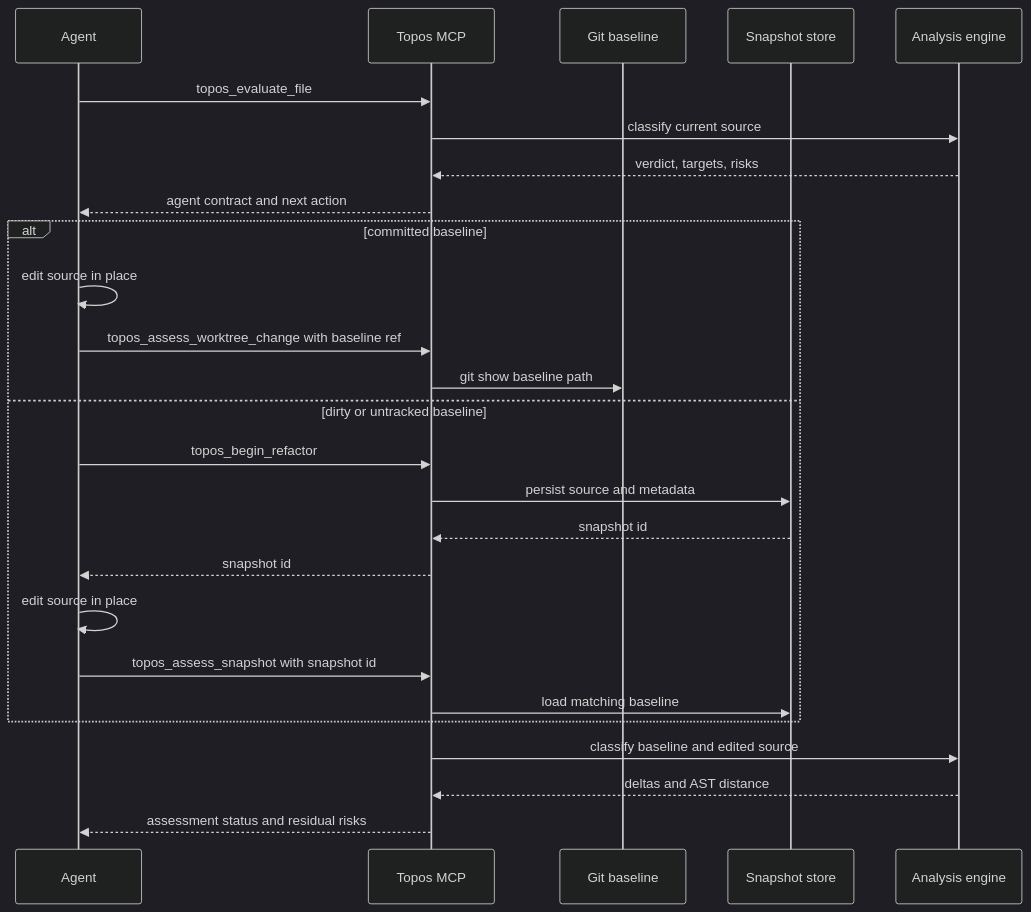
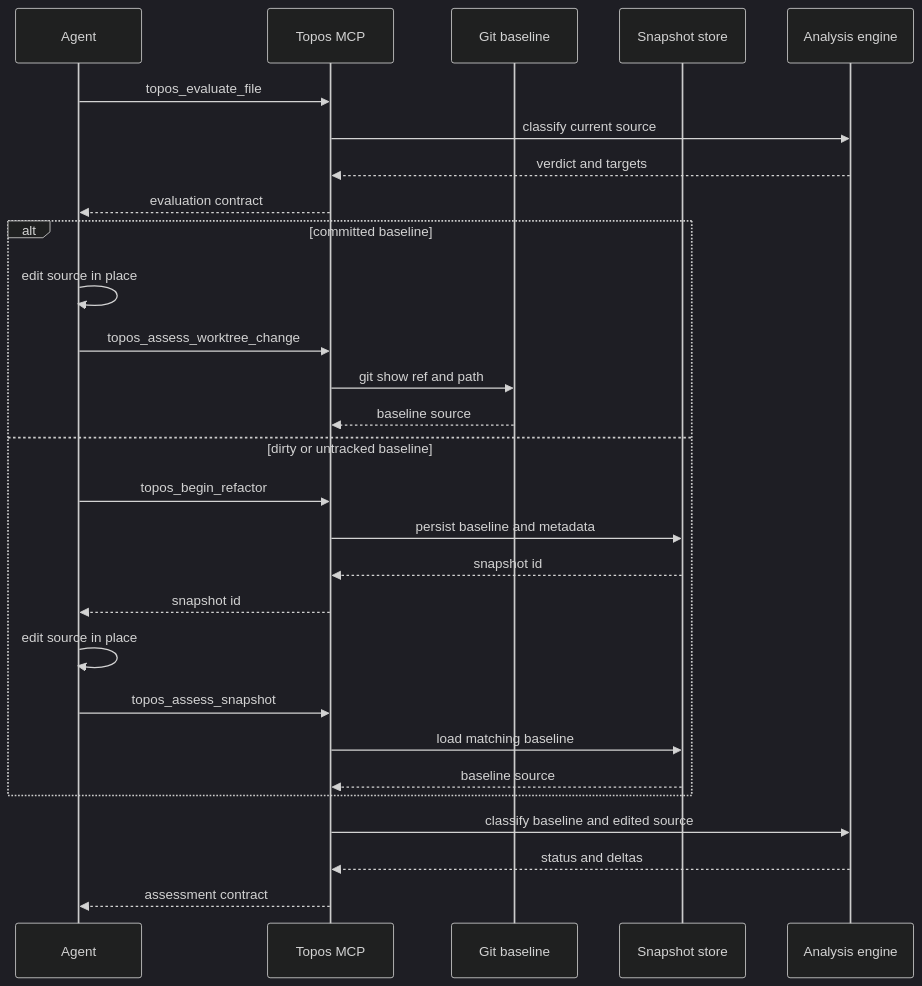
The diagram in openwiki/workflows/agent-and-cli.md (Krv-Labs/topos), drawn with Mermaid (dark theme) before and after one commit. The commit also changed other lines of this file and 7 other files, not shown here.

````diff
--- a/openwiki/workflows/agent-and-cli.md
+++ b/openwiki/workflows/agent-and-cli.md
@@ -118,28 +140,30 @@
 ```mermaid
 sequenceDiagram
     participant Agent
     participant Mcp as Topos MCP
     participant Git as Git baseline
     participant Store as Snapshot store
     participant Engine as Analysis engine
     Agent->>Mcp: topos_evaluate_file
     Mcp->>Engine: classify current source
-    Engine-->>Mcp: verdict, targets, risks
-    Mcp-->>Agent: agent contract and next action
+    Engine-->>Mcp: verdict and targets
+    Mcp-->>Agent: evaluation contract
     alt committed baseline
         Agent->>Agent: edit source in place
-        Agent->>Mcp: topos_assess_worktree_change with baseline ref
-        Mcp->>Git: git show baseline path
+        Agent->>Mcp: topos_assess_worktree_change
+        Mcp->>Git: git show ref and path
+        Git-->>Mcp: baseline source
     else dirty or untracked baseline
         Agent->>Mcp: topos_begin_refactor
-        Mcp->>Store: persist source and metadata
+        Mcp->>Store: persist baseline and metadata
         Store-->>Mcp: snapshot id
         Mcp-->>Agent: snapshot id
         Agent->>Agent: edit source in place
-        Agent->>Mcp: topos_assess_snapshot with snapshot id
+        Agent->>Mcp: topos_assess_snapshot
         Mcp->>Store: load matching baseline
+        Store-->>Mcp: baseline source
     end
     Mcp->>Engine: classify baseline and edited source
-    Engine-->>Mcp: deltas and AST distance
-    Mcp-->>Agent: assessment status and residual risks
+    Engine-->>Mcp: status and deltas
+    Mcp-->>Agent: assessment contract
 ```
````
